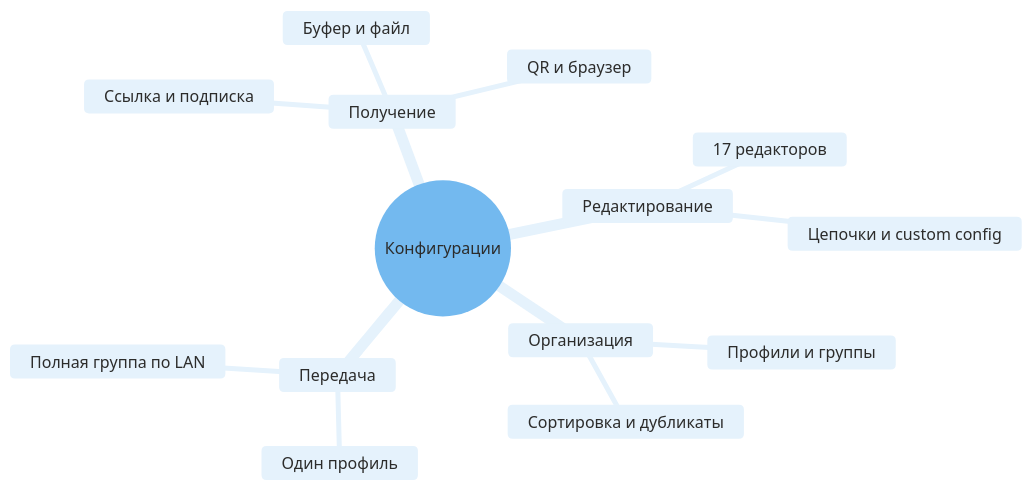
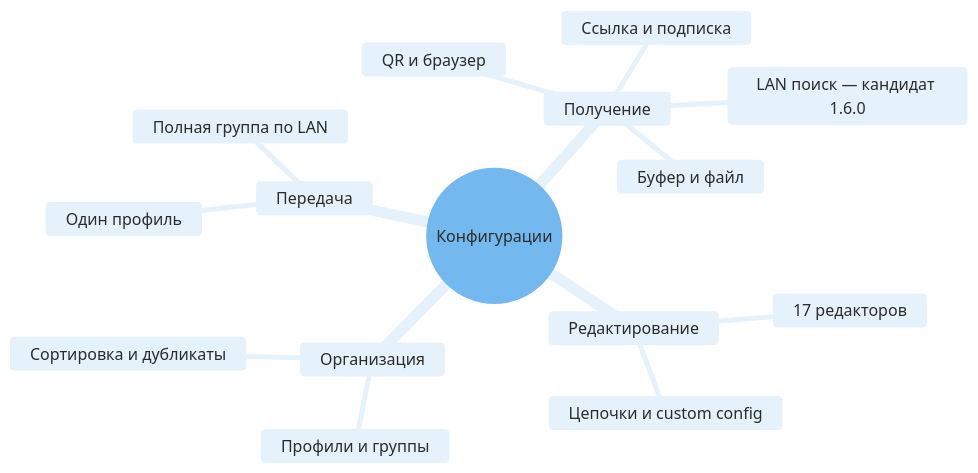
Before and after one commit to LeonidYasin/TunXBox: the second of 2 diagrams in docs/features.md, drawn with Mermaid. The commit also changed other lines of this file and 34 other files, not shown here.

````diff
--- a/docs/features.md
+++ b/docs/features.md
@@ -36,18 +36,19 @@
 ```mermaid
 %%{init: {"theme": "base", "themeVariables": {"primaryColor": "#E5F2FC", "primaryTextColor": "#2C2C2B", "primaryBorderColor": "#2783DE", "lineColor": "#7D7A75", "secondaryColor": "#E8F1EC", "tertiaryColor": "#F9F8F7", "fontFamily": "Arial", "cScale0": "#E5F2FC", "cScaleLabel0": "#2C2C2B", "cScale1": "#E5F2FC", "cScaleLabel1": "#2C2C2B", "cScale2": "#E5F2FC", "cScaleLabel2": "#2C2C2B", "cScale3": "#E5F2FC", "cScaleLabel3": "#2C2C2B", "cScale4": "#E5F2FC", "cScaleLabel4": "#2C2C2B", "cScale5": "#E5F2FC", "cScaleLabel5": "#2C2C2B", "cScale6": "#E5F2FC", "cScaleLabel6": "#2C2C2B", "cScale7": "#E5F2FC", "cScaleLabel7": "#2C2C2B", "cScale8": "#E5F2FC", "cScaleLabel8": "#2C2C2B", "cScale9": "#E5F2FC", "cScaleLabel9": "#2C2C2B", "cScale10": "#E5F2FC", "cScaleLabel10": "#2C2C2B", "cScale11": "#E5F2FC", "cScaleLabel11": "#2C2C2B"}}}%%
 mindmap
   root((Конфигурации))
     Получение
       Ссылка и подписка
       Буфер и файл
       QR и браузер
+      LAN поиск — кандидат 1.6.0
     Редактирование
       17 редакторов
       Цепочки и custom config
     Организация
       Профили и группы
       Сортировка и дубликаты
     Передача
       Один профиль
       Полная группа по LAN
 ```
````
